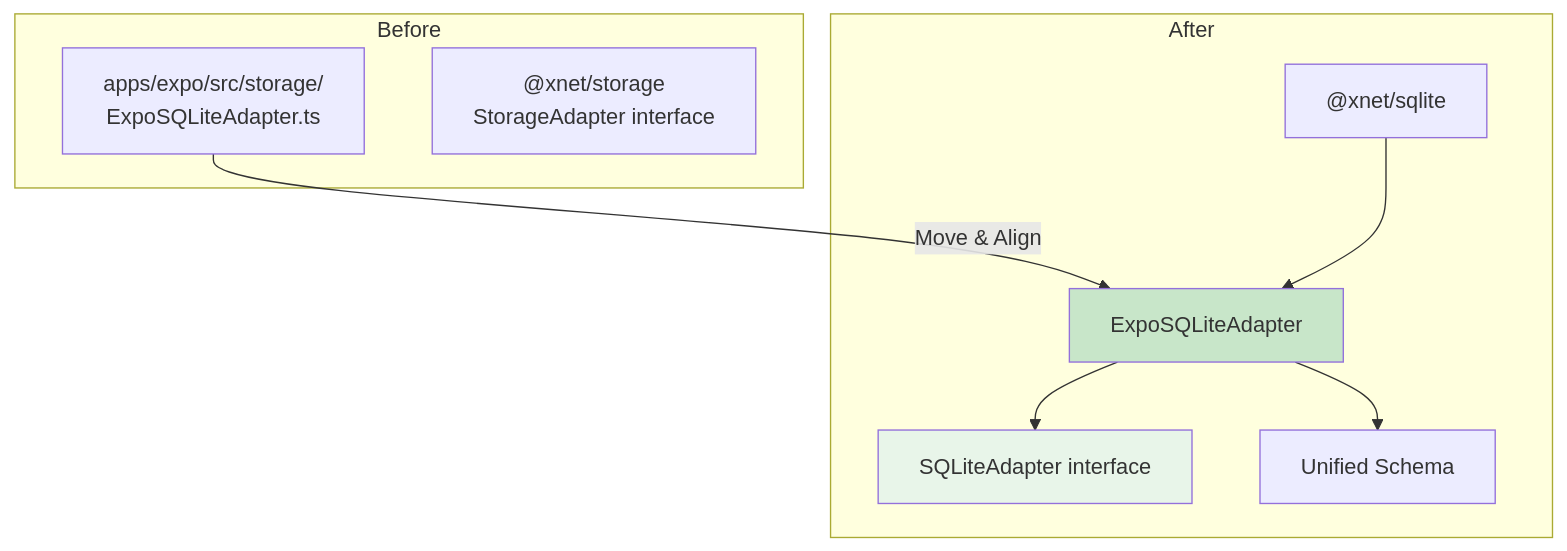
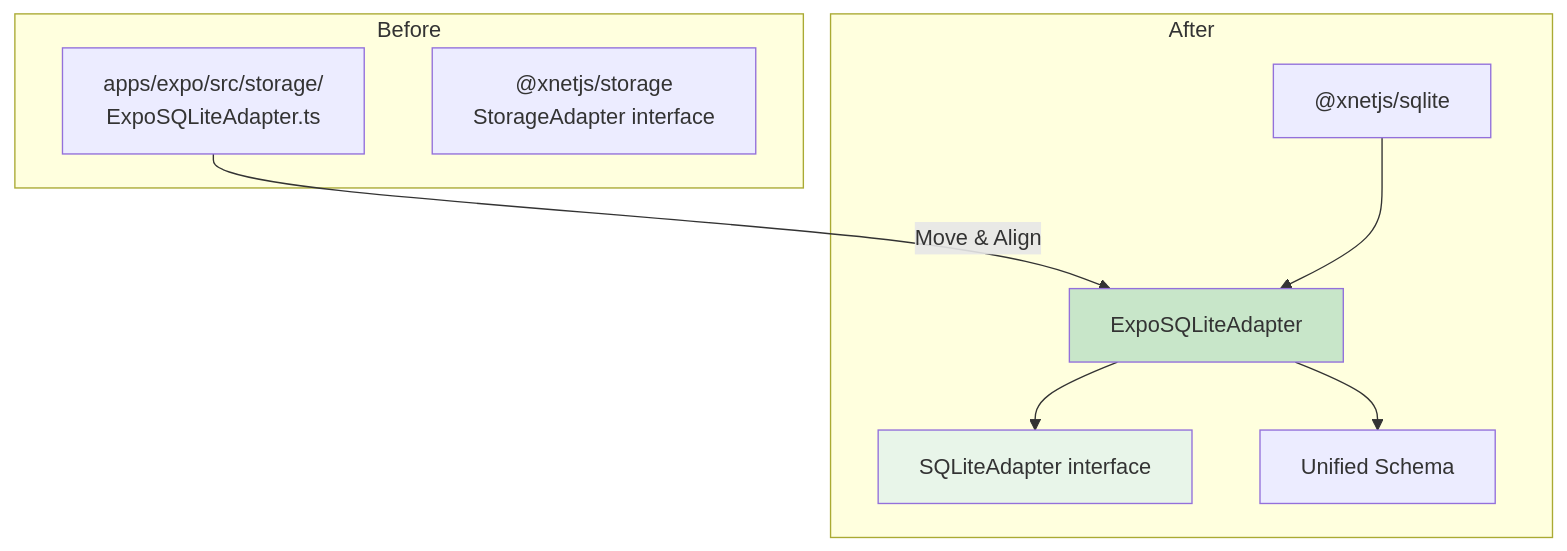
Before and after one commit to crs48/xNet: the diagram in docs/plans/plan03_9_5IndexedDBToSQLite/04-expo-sqlite-integration.md, drawn with Mermaid. The commit also changed other lines of this file and 980 other files, not shown here.

````diff
--- a/docs/plans/plan03_9_5IndexedDBToSQLite/04-expo-sqlite-integration.md
+++ b/docs/plans/plan03_9_5IndexedDBToSQLite/04-expo-sqlite-integration.md
@@ -20,22 +20,22 @@
 ```mermaid
 flowchart TB
     subgraph "Before"
         EXPO_OLD["apps/expo/src/storage/<br/>ExpoSQLiteAdapter.ts"]
-        STORAGE_OLD["@xnet/storage<br/>StorageAdapter interface"]
+        STORAGE_OLD["@xnetjs/storage<br/>StorageAdapter interface"]
     end
 
     subgraph "After"
-        SQLITE_PKG["@xnet/sqlite"]
+        SQLITE_PKG["@xnetjs/sqlite"]
         EXPO_NEW["ExpoSQLiteAdapter"]
         IFACE["SQLiteAdapter interface"]
         SCHEMA["Unified Schema"]
     end
 
     EXPO_OLD -->|"Move & Align"| EXPO_NEW
     EXPO_NEW --> IFACE
     EXPO_NEW --> SCHEMA
     SQLITE_PKG --> EXPO_NEW
 
     style EXPO_NEW fill:#c8e6c9
     style IFACE fill:#e8f5e9
 ```
````
